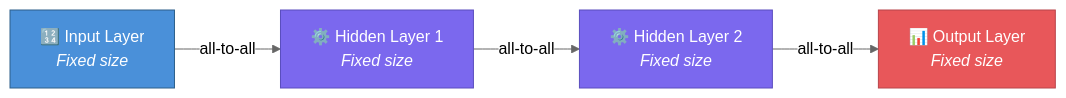
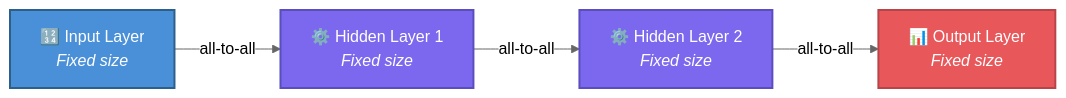
Before and after one commit to stSoftwareAU/NEAT-AI: the first of 5 diagrams in COMPARISON.md, drawn with Mermaid (neutral theme). The commit also changed other lines of this file and 19 other files, not shown here.

````diff
--- a/COMPARISON.md
+++ b/COMPARISON.md
@@ -107,16 +107,16 @@
 ```mermaid
 graph LR
     I["🔢 Input Layer<br/><i>Fixed size</i>"]
     H1["⚙️ Hidden Layer 1<br/><i>Fixed size</i>"]
     H2["⚙️ Hidden Layer 2<br/><i>Fixed size</i>"]
     O["📊 Output Layer<br/><i>Fixed size</i>"]
 
     I -->|"all-to-all"| H1
     H1 -->|"all-to-all"| H2
     H2 -->|"all-to-all"| O
 
-    style I fill:#4A90D9,stroke:#2C5F8A,color:#fff
-    style H1 fill:#7B68EE,stroke:#5A4DBE,color:#fff
-    style H2 fill:#7B68EE,stroke:#5A4DBE,color:#fff
-    style O fill:#E8575A,stroke:#B8444A,color:#fff
+    style I fill:#4A90D9,stroke:#2C5F8A,color:#fff,stroke-width:2px
+    style H1 fill:#7B68EE,stroke:#5A4DBE,color:#fff,stroke-width:2px
+    style H2 fill:#7B68EE,stroke:#5A4DBE,color:#fff,stroke-width:2px
+    style O fill:#E8575A,stroke:#B8444A,color:#fff,stroke-width:2px
 ```
````
